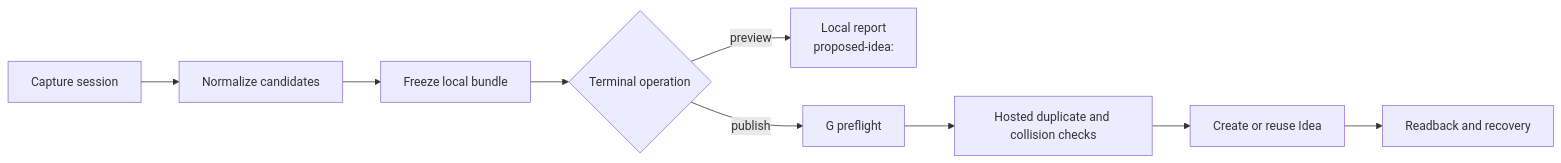
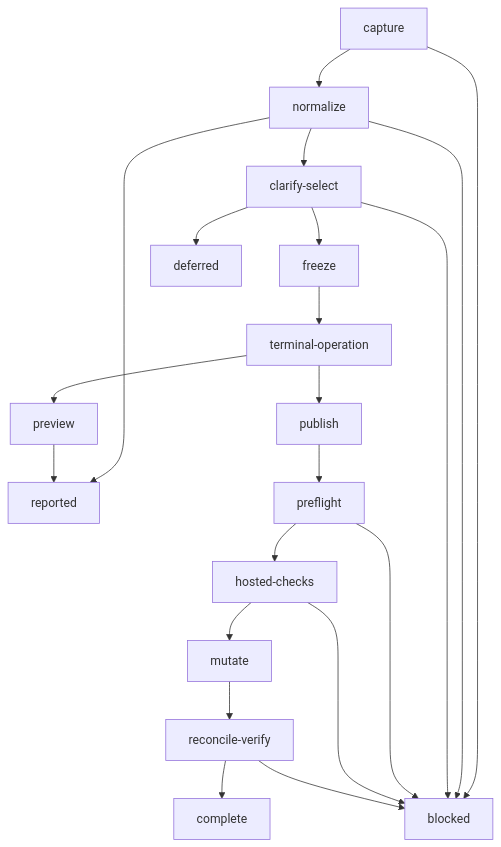
One commit to alemar11/dotagents changed the diagram in plugins/se2/skills/idea/SKILL.md. Above: the diagram before and after it, drawn with Mermaid. The commit also changed other lines of this file and 13 other files, not shown here.

First line of the commit message:
Unify SE2 skills around graph-first workflows

```diff
--- a/plugins/se2/skills/idea/SKILL.md
+++ b/plugins/se2/skills/idea/SKILL.md
@@ -37,11 +52,23 @@
 ~~~mermaid
-flowchart LR
-    capture["Capture session"] --> normalize["Normalize candidates"]
-    normalize --> freeze["Freeze local bundle"]
-    freeze --> terminal{"Terminal operation"}
-    terminal -->|"preview"| report["Local report<br/>proposed-idea:"]
-    terminal -->|"publish"| preflight["G preflight"]
-    preflight --> hosted["Hosted duplicate and collision checks"]
-    hosted --> mutate["Create or reuse Idea"]
-    mutate --> verify["Readback and recovery"]
+flowchart TD
+    capture --> normalize
+    capture --> blocked
+    normalize --> clarify-select
+    normalize --> reported
+    normalize --> blocked
+    clarify-select --> freeze
+    clarify-select --> deferred
+    clarify-select --> blocked
+    freeze --> terminal-operation
+    terminal-operation --> preview
+    terminal-operation --> publish
+    preview --> reported
+    publish --> preflight
+    preflight --> hosted-checks
+    preflight --> blocked
+    hosted-checks --> mutate
+    hosted-checks --> blocked
+    mutate --> reconcile-verify
+    reconcile-verify --> complete
+    reconcile-verify --> blocked
 ~~~
```
